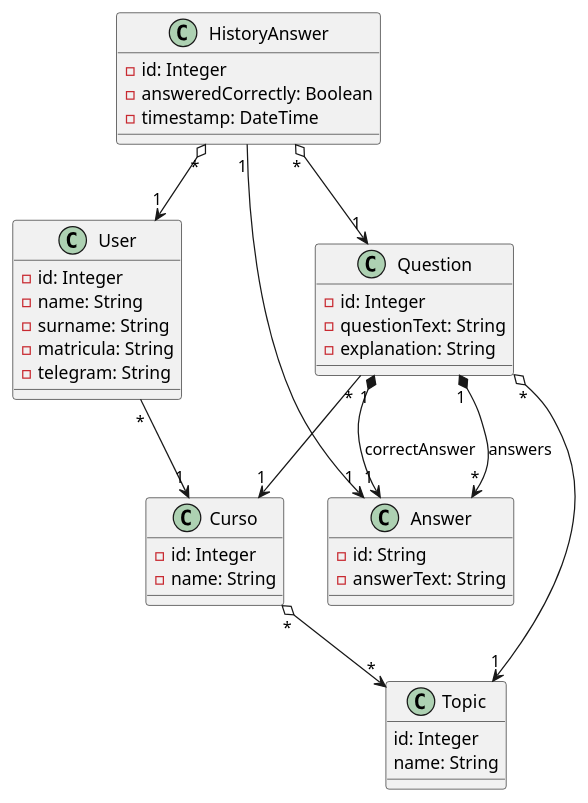
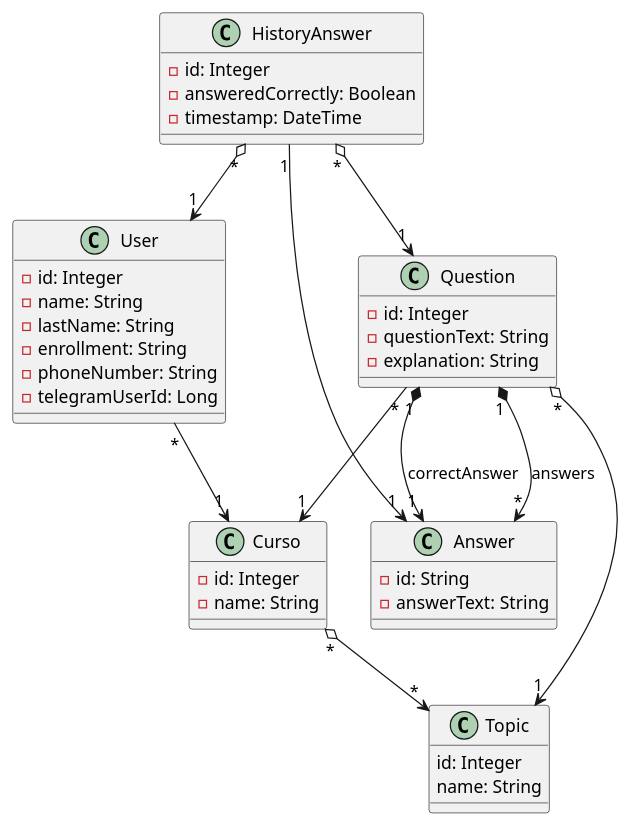
Before and after one commit to Juliana-Paz/quarkus-enade: the diagram in src/main/resources/docs/diagrama.plantuml, drawn with PlantUML. The commit also changed 7 other files, not shown here.

Commit message:
uml ajust

```diff
--- a/src/main/resources/docs/diagrama.plantuml
+++ b/src/main/resources/docs/diagrama.plantuml
@@ -1,52 +1,53 @@
 @startuml enadebot
 
 class Topic {
   id: Integer
   name: String
 }
 
 class Question {
   - id: Integer
   - questionText: String
   - explanation: String
 }
 
 class Answer {
   - id: String
   - answerText: String
 }
 
 class HistoryAnswer {
   - id: Integer
   - answeredCorrectly: Boolean
   - timestamp: DateTime
 }
 
 class User {
   - id: Integer
   - name: String
-  - surname: String
-  - matricula: String
-  - telegram: String
+  - lastName: String
+  - enrollment: String
+  - phoneNumber: String
+  - telegramUserId: Long
 }
 
 class Curso {
     - id: Integer
     - name: String
 }
 
 User "*" --> "1" Curso
 
 HistoryAnswer "*" o--> "1" Question
 HistoryAnswer "*" o--> "1"  User 
 
 Question "*" o--> "1" Topic
 Question "1" *--> "*" Answer: "answers"
 Question "1" *--> "1" Answer: "correctAnswer"
 Question "*" --> "1" Curso
 
 HistoryAnswer "1" --> "1" Answer
 
 Curso "*" o--> "*" Topic
 
 @enduml
```
